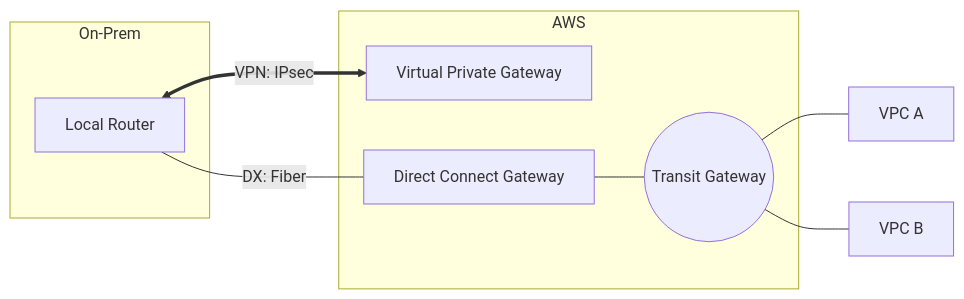
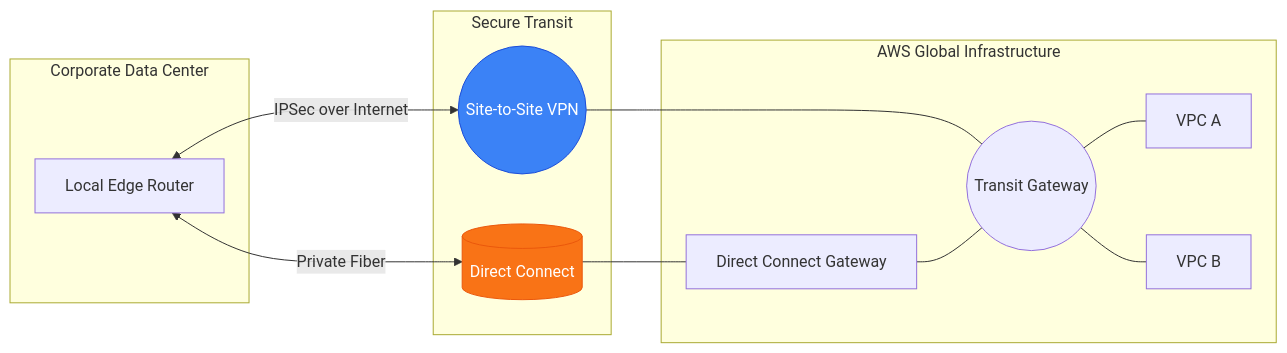
The diagram in 2-Intermediate/01-Phase-1/01-Networking/09-Hybrid-Connectivity/README.md (Ganil151/Devops), drawn with Mermaid before and after one commit. The commit also changed other lines of this file and 51 other files, not shown here.

````diff
--- a/2-Intermediate/01-Phase-1/01-Networking/09-Hybrid-Connectivity/README.md
+++ b/2-Intermediate/01-Phase-1/01-Networking/09-Hybrid-Connectivity/README.md
@@ -30,18 +5,29 @@
 ```mermaid
 graph LR
-    subgraph On-Prem
-    R[Local Router]
+    subgraph On_Prem[Corporate Data Center]
+        R1[Local Edge Router]
     end
 
-subgraph AWS
-    VGW[Virtual Private Gateway]
-    DXGW[Direct Connect Gateway]
-    TGW((Transit Gateway))
+    subgraph Connectivity[Secure Transit]
+        VPN((Site-to-Site VPN))
+        DX[(Direct Connect)]
     end
 
-R <==>|VPN: IPsec| VGW
-    R ---|DX: Fiber| DXGW
+    subgraph AWS_Cloud[AWS Global Infrastructure]
+        TGW((Transit Gateway))
+        DXGW[Direct Connect Gateway]
+        VPC_A[VPC A]
+        VPC_B[VPC B]
+    end
+
+    R1 <-->|IPSec over Internet| VPN
+    R1 <-->|Private Fiber| DX
+    VPN --- TGW
+    DX --- DXGW
     DXGW --- TGW
-    TGW --- VPC_A[VPC A]
-    TGW --- VPC_B[VPC B]
+    TGW --- VPC_A
+    TGW --- VPC_B
+
+    style DX fill:#f97316,stroke:#ea580c,color:#fff
+    style VPN fill:#3b82f6,stroke:#1d4ed8,color:#fff
 ```
````
